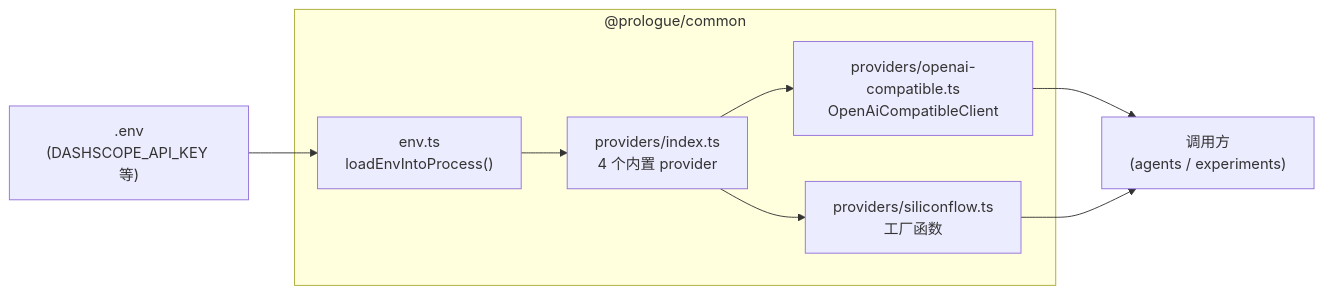
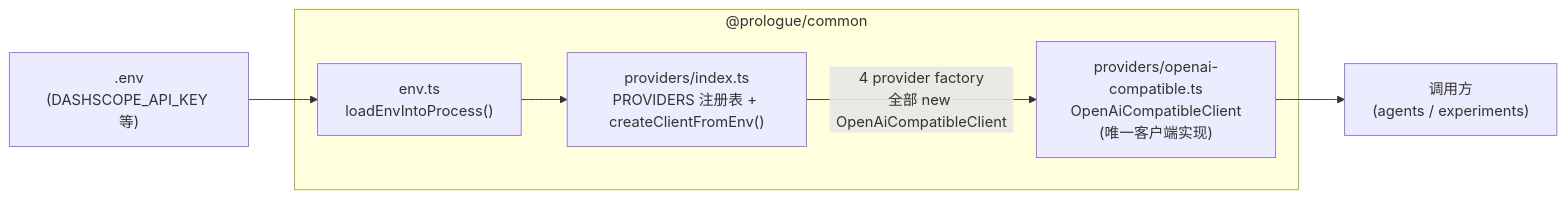
Before and after one commit to YWByte/Prologue: diagram 12 of 14 in code.md, drawn with Mermaid. The commit also changed other lines of this file and 12 other files, not shown here.

````diff
--- a/code.md
+++ b/code.md
@@ -700,19 +700,16 @@
 ```mermaid
 flowchart LR
     subgraph COMMON_PKG["@prologue/common"]
         ENV["env.ts<br/>loadEnvIntoProcess()"]
-        PROVIDERS["providers/index.ts<br/>4 个内置 provider"]
-        OAI_COMPAT["providers/openai-compatible.ts<br/>OpenAiCompatibleClient"]
-        SF["providers/siliconflow.ts<br/>工厂函数"]
+        PROVIDERS["providers/index.ts<br/>PROVIDERS 注册表 + createClientFromEnv()"]
+        OAI_COMPAT["providers/openai-compatible.ts<br/>OpenAiCompatibleClient<br/>(唯一客户端实现)"]
     end
 
     DOTENV[".env<br/>(DASHSCOPE_API_KEY 等)"]
     CALLER["调用方<br/>(agents / experiments)"]
 
     DOTENV --> ENV
     ENV --> PROVIDERS
-    PROVIDERS --> OAI_COMPAT
-    PROVIDERS --> SF
+    PROVIDERS -->|"4 provider factory<br/>全部 new OpenAiCompatibleClient"| OAI_COMPAT
     OAI_COMPAT --> CALLER
-    SF --> CALLER
 ```
````
